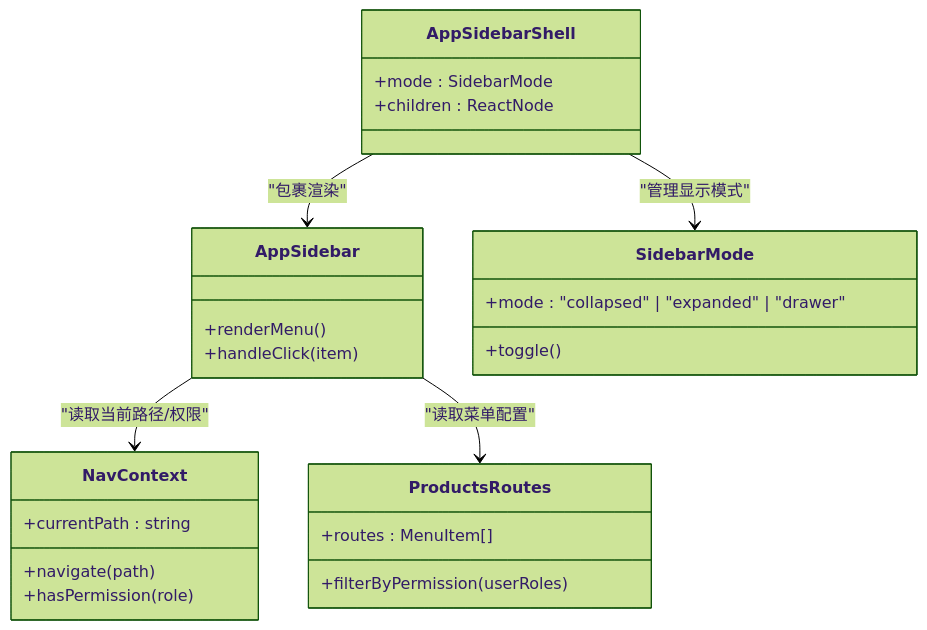
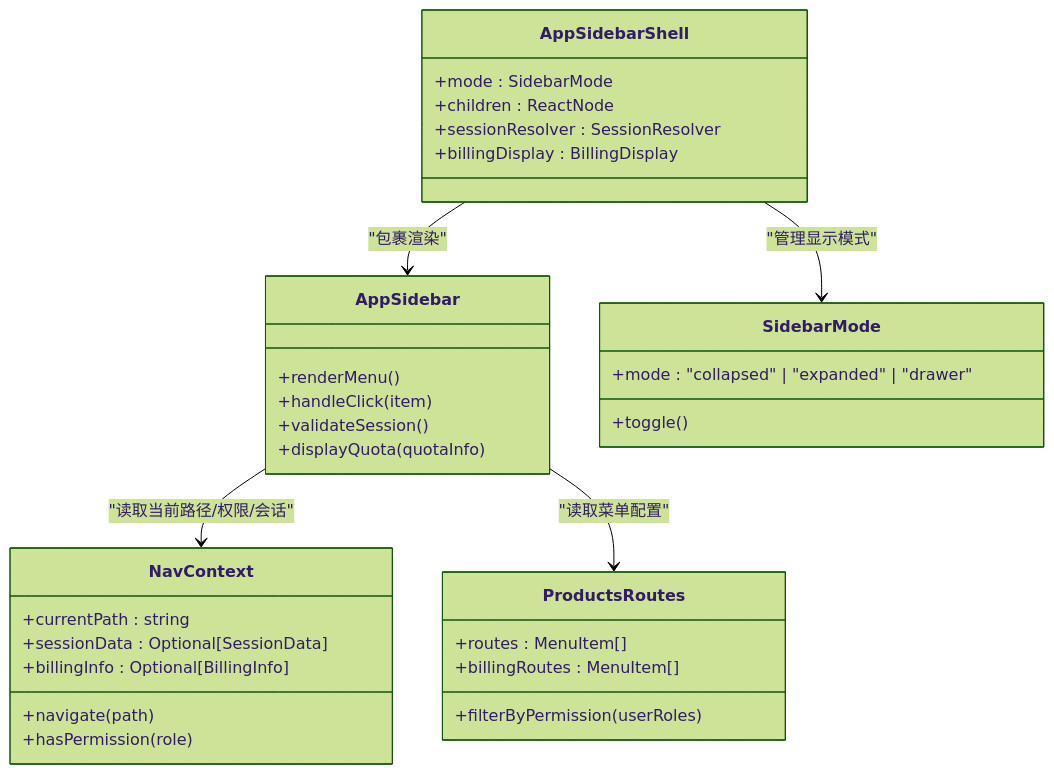
One commit to scottcwy/PurpleInk changed the fourth of 7 diagrams in .qoder/repowiki/zh/content/前端架构/导航与路由.md. Above: the diagram before and after it, drawn with Mermaid (forest theme). The commit also changed other lines of this file and 109 other files, not shown here.

````diff
--- a/.qoder/repowiki/zh/content/前端架构/导航与路由.md
+++ b/.qoder/repowiki/zh/content/前端架构/导航与路由.md
@@ -241,28 +264,35 @@
 ```mermaid
 classDiagram
 class NavContext {
 +currentPath : string
 +navigate(path)
 +hasPermission(role)
++sessionData : Optional[SessionData]
++billingInfo : Optional[BillingInfo]
 }
 class ProductsRoutes {
 +routes : MenuItem[]
 +filterByPermission(userRoles)
++billingRoutes : MenuItem[]
 }
 class AppSidebar {
 +renderMenu()
 +handleClick(item)
++validateSession()
++displayQuota(quotaInfo)
 }
 class SidebarMode {
 +mode : "collapsed" | "expanded" | "drawer"
 +toggle()
 }
 class AppSidebarShell {
 +mode : SidebarMode
 +children : ReactNode
++sessionResolver : SessionResolver
++billingDisplay : BillingDisplay
 }
-AppSidebar --> NavContext : "读取当前路径/权限"
+AppSidebar --> NavContext : "读取当前路径/权限/会话"
 AppSidebar --> ProductsRoutes : "读取菜单配置"
 AppSidebarShell --> SidebarMode : "管理显示模式"
 AppSidebarShell --> AppSidebar : "包裹渲染"
 ```
````
